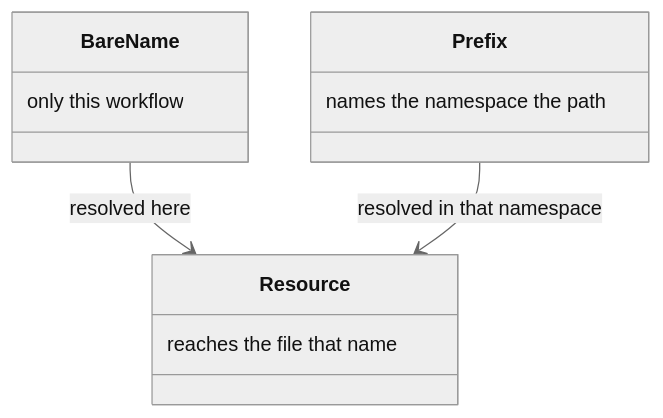
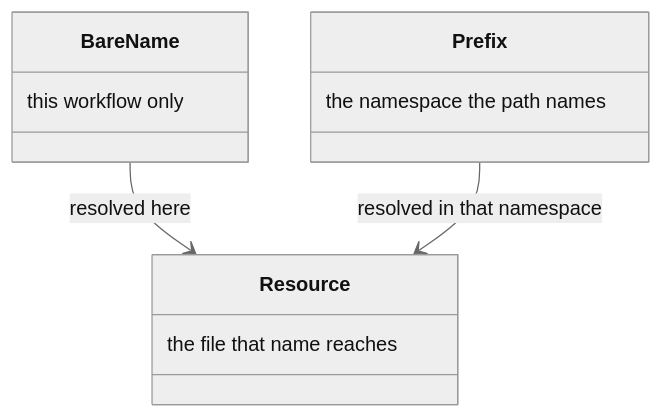
Diagram 32 of 34 in docs/resolution.md (m2ux/workflow-server), drawn with Mermaid (neutral theme) before and after one commit. The commit also changed other lines of this file and 10 other files, not shown here.

Commit message:
Write each class-box note in reading order so the diagram shows the phrase as written.

````diff
--- a/docs/resolution.md
+++ b/docs/resolution.md
@@ -617,14 +617,14 @@
 ```mermaid
 classDiagram
   class BareName {
-    only this workflow
+    this workflow only
   }
   class Prefix {
-    names the namespace the path
+    the namespace the path names
   }
   class Resource {
-    reaches the file that name
+    the file that name reaches
   }
   BareName --> Resource : resolved here
   Prefix --> Resource : resolved in that namespace
 ```
````
